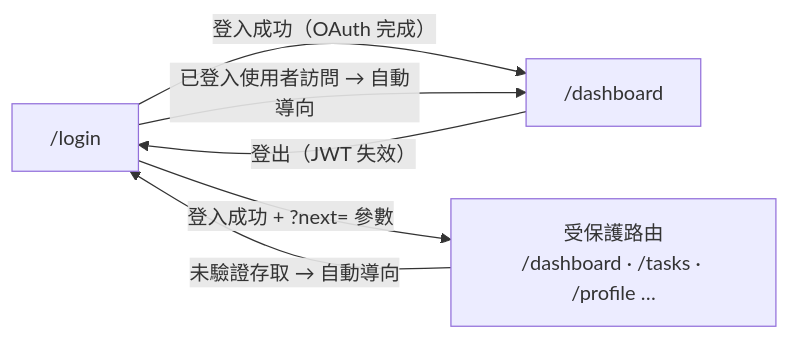
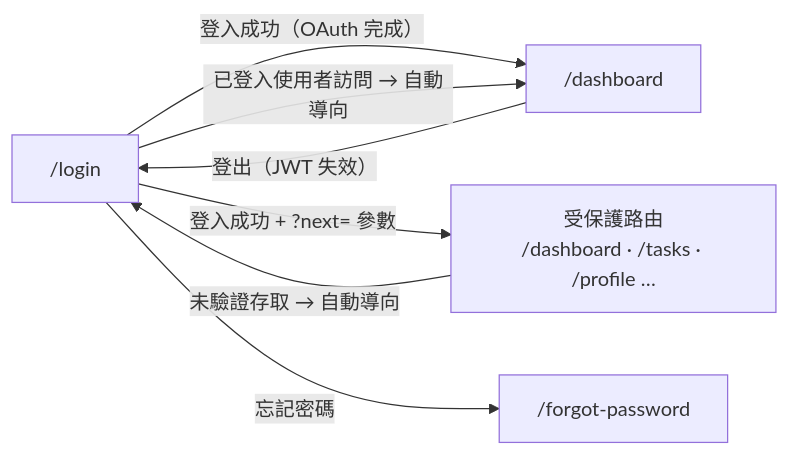
The second of 2 diagrams in specs/account/001-sso-login/spec.md (singyichen/label-suite), drawn with Mermaid before and after one commit. The commit also changed other lines of this file and 3 other files, not shown here.

````diff
--- a/specs/account/001-sso-login/spec.md
+++ b/specs/account/001-sso-login/spec.md
@@ -161,12 +161,14 @@
 ```mermaid
 flowchart LR
     login["/login"]
     dashboard["/dashboard"]
     protected["受保護路由\n/dashboard · /tasks · /profile …"]
+    forgot["/forgot-password"]
 
     login      -->|"登入成功（OAuth 完成）"| dashboard
     dashboard  -->|"登出（JWT 失效）"| login
     protected  -->|"未驗證存取 → 自動導向"| login
     login      -->|"登入成功 + ?next= 參數"| protected
     login      -->|"已登入使用者訪問 → 自動導向"| dashboard
+    login      -->|"忘記密碼"| forgot
 ```
````
